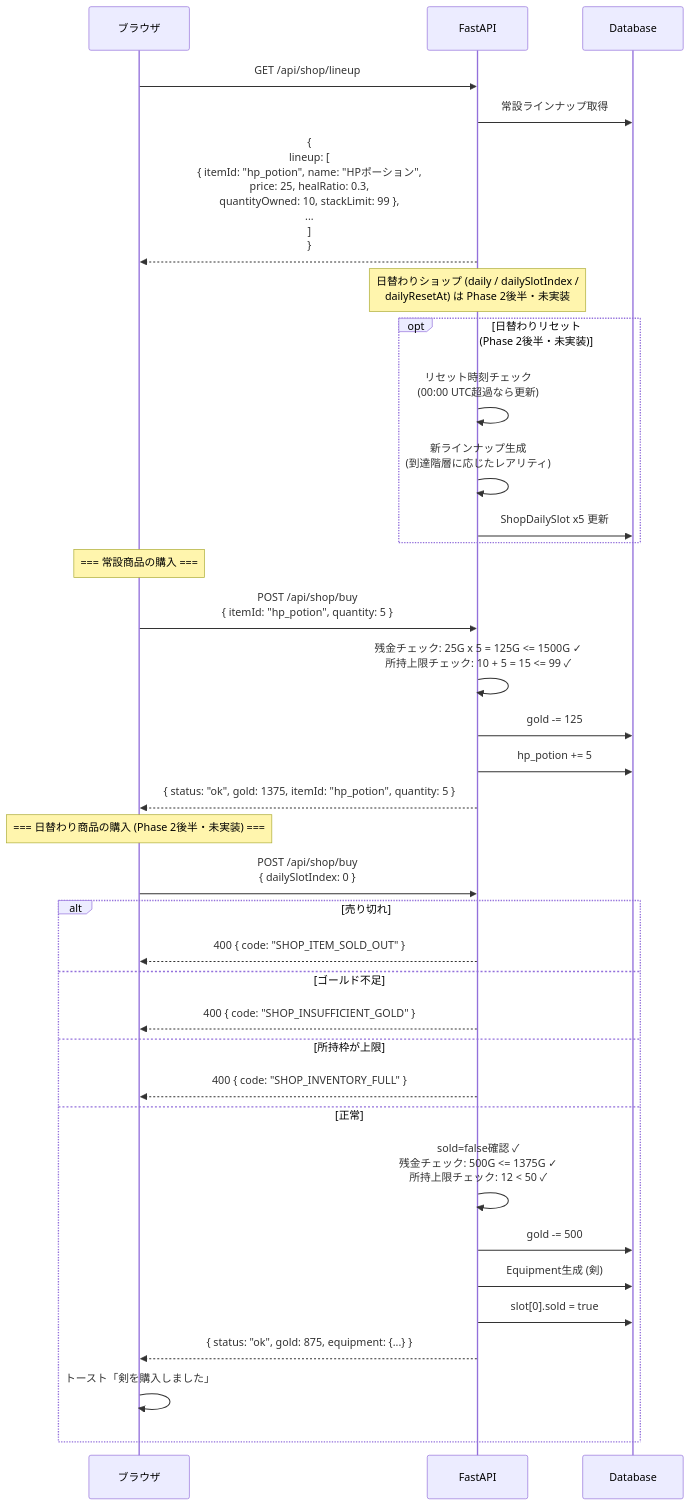
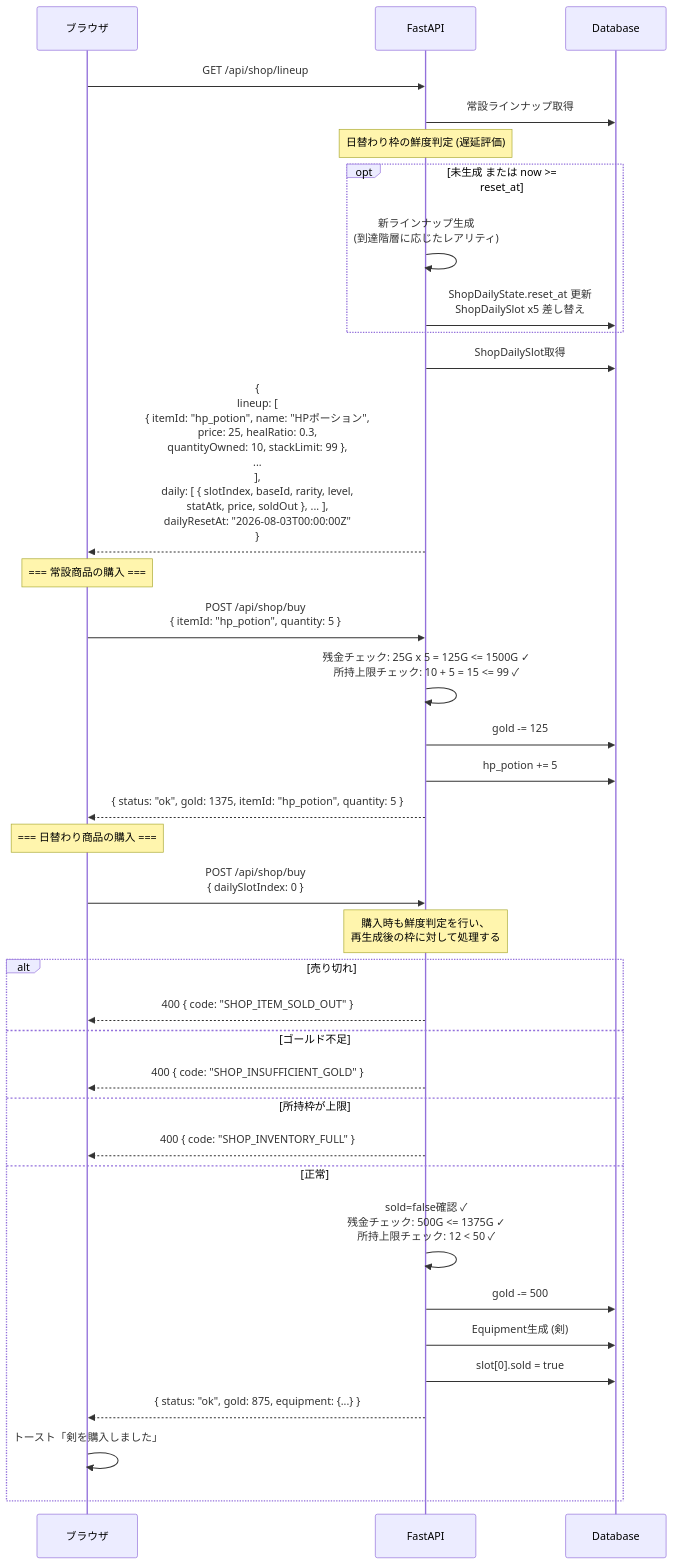
Before and after one commit to dateeee/2026_AFKGAME: the second of 3 diagrams in diagrams/api_sequence/gameplay.md, drawn with Mermaid. The commit also changed 20 other files, not shown here.

````diff
--- a/diagrams/api_sequence/gameplay.md
+++ b/diagrams/api_sequence/gameplay.md
@@ -64,47 +64,48 @@
 ```mermaid
 %%{init: {'theme': 'default', 'sequence': {'actorFontSize': 18, 'messageFontSize': 16, 'noteFontSize': 14}} }%%
 sequenceDiagram
     participant B as ブラウザ
     participant API as FastAPI
     participant DB as Database
 
     B->>API: GET /api/shop/lineup
     API->>DB: 常設ラインナップ取得
 
-    API-->>B: {<br/>  lineup: [<br/>    { itemId: "hp_potion", name: "HPポーション",<br/>      price: 25, healRatio: 0.3,<br/>      quantityOwned: 10, stackLimit: 99 },<br/>    ...<br/>  ]<br/>}
+    Note over API: 日替わり枠の鮮度判定 (遅延評価)
 
-    Note over API: 日替わりショップ (daily / dailySlotIndex /<br/>dailyResetAt) は Phase 2後半・未実装
+    opt 未生成 または now >= reset_at
+        API->>API: 新ラインナップ生成<br/>(到達階層に応じたレアリティ)
+        API->>DB: ShopDailyState.reset_at 更新<br/>ShopDailySlot x5 差し替え
+    end
 
-    opt 日替わりリセット (Phase 2後半・未実装)
-        API->>API: リセット時刻チェック<br/>(00:00 UTC超過なら更新)
-        API->>API: 新ラインナップ生成<br/>(到達階層に応じたレアリティ)
-        API->>DB: ShopDailySlot x5 更新
-    end
+    API->>DB: ShopDailySlot取得
+    API-->>B: {<br/>  lineup: [<br/>    { itemId: "hp_potion", name: "HPポーション",<br/>      price: 25, healRatio: 0.3,<br/>      quantityOwned: 10, stackLimit: 99 },<br/>    ...<br/>  ],<br/>  daily: [ { slotIndex, baseId, rarity, level,<br/>    statAtk, price, soldOut }, ... ],<br/>  dailyResetAt: "2026-08-03T00:00:00Z"<br/>}
 
     Note over B: === 常設商品の購入 ===
 
     B->>API: POST /api/shop/buy<br/>{ itemId: "hp_potion", quantity: 5 }
     API->>API: 残金チェック: 25G x 5 = 125G <= 1500G ✓<br/>所持上限チェック: 10 + 5 = 15 <= 99 ✓
     API->>DB: gold -= 125
     API->>DB: hp_potion += 5
     API-->>B: { status: "ok", gold: 1375, itemId: "hp_potion", quantity: 5 }
 
-    Note over B: === 日替わり商品の購入 (Phase 2後半・未実装) ===
+    Note over B: === 日替わり商品の購入 ===
 
     B->>API: POST /api/shop/buy<br/>{ dailySlotIndex: 0 }
+    Note over API: 購入時も鮮度判定を行い、<br/>再生成後の枠に対して処理する
 
     alt 売り切れ
         API-->>B: 400 { code: "SHOP_ITEM_SOLD_OUT" }
     else ゴールド不足
         API-->>B: 400 { code: "SHOP_INSUFFICIENT_GOLD" }
     else 所持枠が上限
         API-->>B: 400 { code: "SHOP_INVENTORY_FULL" }
     else 正常
         API->>API: sold=false確認 ✓<br/>残金チェック: 500G <= 1375G ✓<br/>所持上限チェック: 12 < 50 ✓
         API->>DB: gold -= 500
         API->>DB: Equipment生成 (剣)
         API->>DB: slot[0].sold = true
         API-->>B: { status: "ok", gold: 875, equipment: {...} }
         B->>B: トースト「剣を購入しました」
     end
 ```
````
